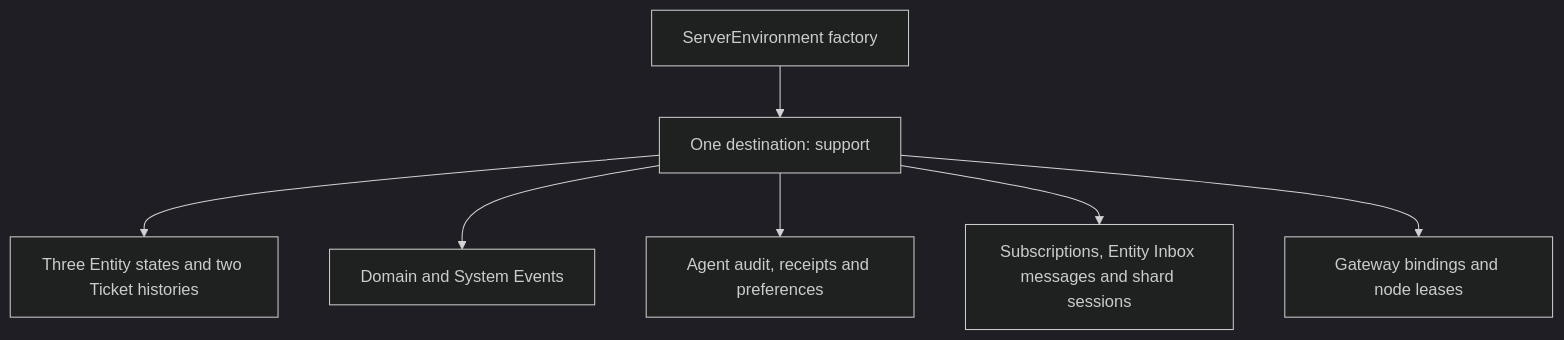
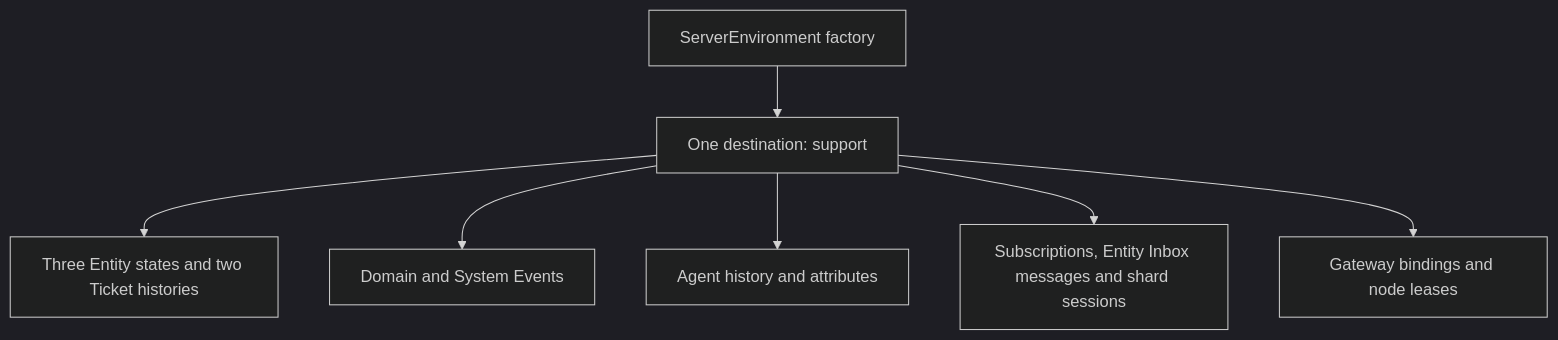
Before and after one commit to SpineEventEngine/spine-ts: the first of 3 diagrams in docs/STORAGE_LAYOUT.md, drawn with Mermaid (dark theme). The commit also changed other lines of this file and 39 other files, not shown here.

````diff
--- a/docs/STORAGE_LAYOUT.md
+++ b/docs/STORAGE_LAYOUT.md
@@ -351,9 +344,9 @@
 ```mermaid
 flowchart TD
   E[ServerEnvironment factory] --> D[One destination: support]
   D --> S[Three Entity states and two Ticket histories]
   D --> V[Domain and System Events]
-  D --> A[Agent audit, receipts and preferences]
+  D --> A[Agent history and attributes]
   D --> F[Subscriptions, Entity Inbox messages and shard sessions]
   D --> G[Gateway bindings and node leases]
 ```
````
